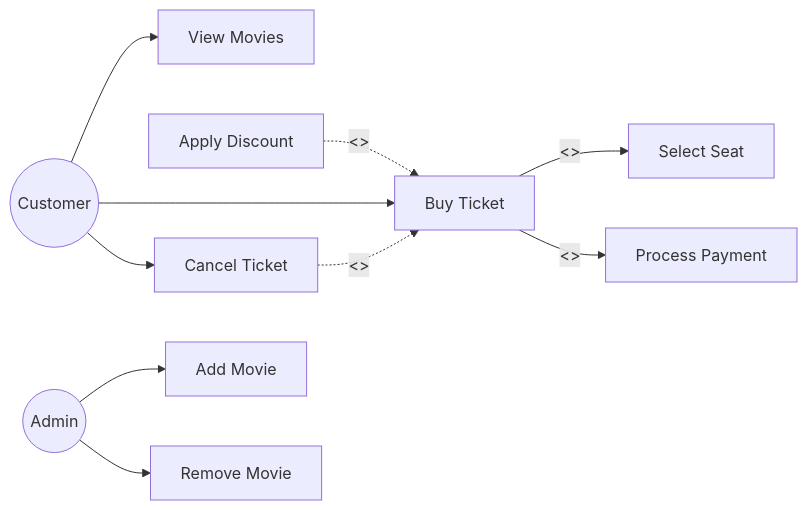
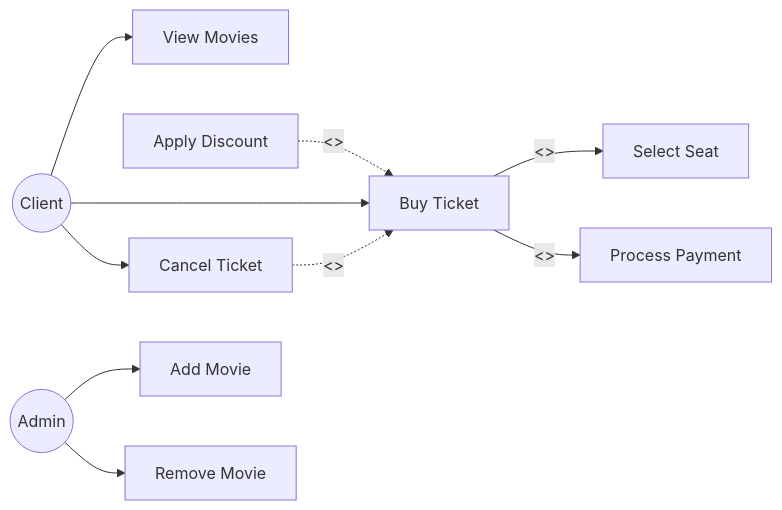
Before and after one commit to DanutSavu/lab2: the diagram in README.md, drawn with Mermaid. The commit also changed other lines of this file, not shown here.

Commit message:
Rename 'Customer' to 'Client' in README

````diff
--- a/README.md
+++ b/README.md
@@ -3,29 +3,29 @@
 ```mermaid
 flowchart LR
 
-Customer((Customer))
+Client((Client))
 Admin((Admin))
 
 ViewMovies[View Movies]
 BuyTicket[Buy Ticket]
 SelectSeat[Select Seat]
 ProcessPayment[Process Payment]
 ApplyDiscount[Apply Discount]
 CancelTicket[Cancel Ticket]
 
 AddMovie[Add Movie]
 RemoveMovie[Remove Movie]
 
-Customer --> ViewMovies
-Customer --> BuyTicket
-Customer --> CancelTicket
+Client --> ViewMovies
+Client --> BuyTicket
+Client --> CancelTicket
 
 Admin --> AddMovie
 Admin --> RemoveMovie
 
 BuyTicket -->|<<include>>| SelectSeat
 BuyTicket -->|<<include>>| ProcessPayment
 
 ApplyDiscount -.->|<<extend>>| BuyTicket
 CancelTicket -.->|<<extend>>| BuyTicket
 ```
````
